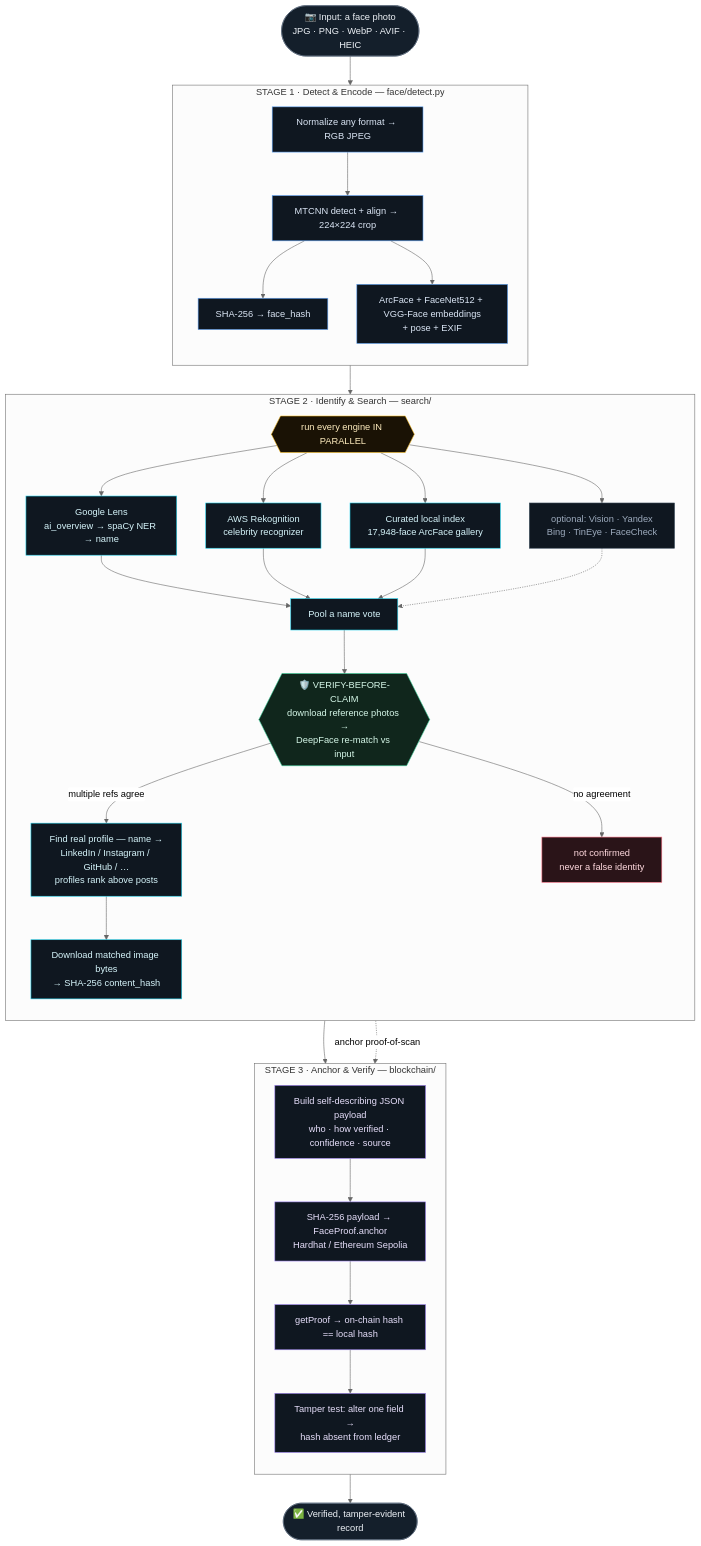
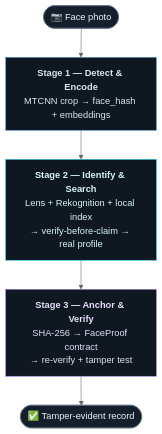
The diagram in README.md (Asheesh7298/FaceTrace), drawn with Mermaid (neutral theme) before and after one commit.

Commit message:
readme update

````diff
--- a/README.md
+++ b/README.md
@@ -15,54 +15,13 @@
 ```mermaid
 flowchart TD
-    IN([📷 Input: a face photo<br/>JPG · PNG · WebP · AVIF · HEIC]):::io
-    IN --> NORM[Normalize any format → RGB JPEG]:::s1
-
-    subgraph S1 [STAGE 1 · Detect & Encode — face/detect.py]
-        direction TB
-        NORM --> DET[MTCNN detect + align → 224×224 crop]:::s1
-        DET --> FH[SHA-256 → face_hash]:::s1
-        DET --> EMB[ArcFace + FaceNet512 + VGG-Face embeddings<br/>+ pose + EXIF]:::s1
-    end
-
-    EMB --> FORK{{run every engine IN PARALLEL}}:::fork
-
-    subgraph S2 [STAGE 2 · Identify & Search — search/]
-        direction TB
-        FORK --> LENS[Google Lens<br/>ai_overview → spaCy NER → name]:::s2
-        FORK --> REK[AWS Rekognition<br/>celebrity recognizer]:::s2
-        FORK --> IDX[Curated local index<br/>17,948-face ArcFace gallery]:::s2
-        FORK --> OPT[optional: Vision · Yandex<br/>Bing · TinEye · FaceCheck]:::s2opt
-
-        LENS --> VOTE[Pool a name vote]:::s2
-        REK --> VOTE
-        IDX --> VOTE
-        OPT -.-> VOTE
-
-        VOTE --> VBC{{🛡️ VERIFY-BEFORE-CLAIM<br/>download reference photos →<br/>DeepFace re-match vs input}}:::gate
-        VBC -->|multiple refs agree| PROF[Find real profile — name →<br/>LinkedIn / Instagram / GitHub / …<br/>profiles rank above posts]:::s2
-        VBC -->|no agreement| NC[not confirmed<br/>never a false identity]:::reject
-        PROF --> CH[Download matched image bytes<br/>→ SHA-256 content_hash]:::s2
-    end
-
-    CH --> PAY
-
-    subgraph S3 [STAGE 3 · Anchor & Verify — blockchain/]
-        direction TB
-        PAY[Build self-describing JSON payload<br/>who · how verified · confidence · source]:::s3
-        PAY --> ANCH[SHA-256 payload → FaceProof.anchor<br/>Hardhat / Ethereum Sepolia]:::s3
-        ANCH --> RV[getProof → on-chain hash == local hash]:::s3
-        RV --> TAMP[Tamper test: alter one field →<br/>hash absent from ledger]:::s3
-    end
-
-    TAMP --> OUT([✅ Verified, tamper-evident record]):::io
-    NC -.->|anchor proof-of-scan| PAY
+    IN([📷 Face photo]) --> S1[<b>Stage 1 — Detect & Encode</b><br/>MTCNN crop → face_hash + embeddings]
+    S1 --> S2[<b>Stage 2 — Identify & Search</b><br/>Lens + Rekognition + local index<br/>→ verify-before-claim → real profile]
+    S2 --> S3[<b>Stage 3 — Anchor & Verify</b><br/>SHA-256 → FaceProof contract<br/>→ re-verify + tamper test]
+    S3 --> OUT([✅ Tamper-evident record])
 
     classDef io fill:#141f2b,stroke:#5d6b7b,color:#eef2f7;
     classDef s1 fill:#0f1720,stroke:#60a5fa,color:#dbe6f5;
     classDef s2 fill:#0f1720,stroke:#22d3ee,color:#d6f5fb;
-    classDef s2opt fill:#0f1720,stroke:#3a4a5a,color:#9dabbd;
     classDef s3 fill:#0f1720,stroke:#a78bfa,color:#e7dffb;
-    classDef gate fill:#10261c,stroke:#34d399,color:#d5f7e8;
-    classDef reject fill:#2a1418,stroke:#fb7185,color:#ffd9de;
-    classDef fork fill:#1a1205,stroke:#fbbf24,color:#ffedbf;
+    class IN,OUT io; class S1 s1; class S2 s2; class S3 s3;
 ```
````
